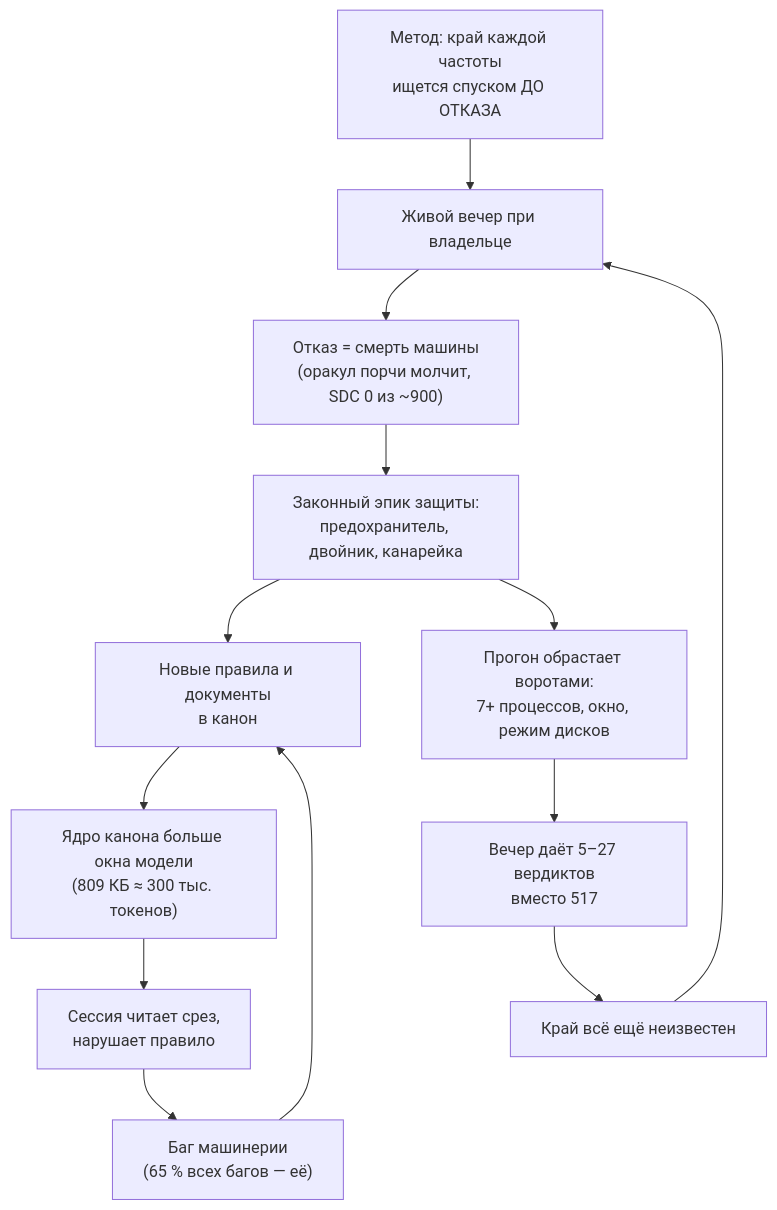
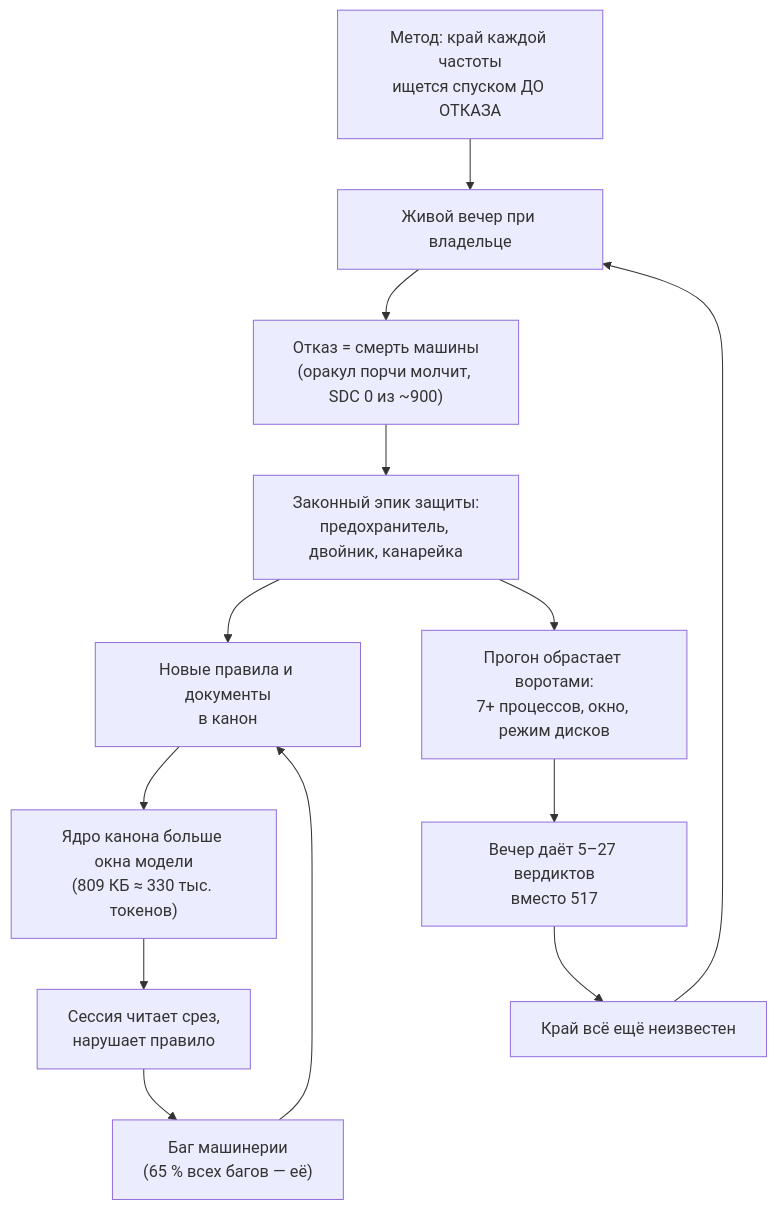
Before and after one commit to MikalaiKryvusha/KAGO: the first of 3 diagrams in reports/KAIF_AUDIT/2026-09-25_audit_04_change_the_method.md, drawn with Mermaid. The commit also changed other lines of this file and 5 other files, not shown here.

````diff
--- a/reports/KAIF_AUDIT/2026-09-25_audit_04_change_the_method.md
+++ b/reports/KAIF_AUDIT/2026-09-25_audit_04_change_the_method.md
@@ -91,15 +92,15 @@
 ```mermaid
 flowchart TD
     A["Метод: край каждой частоты<br/>ищется спуском ДО ОТКАЗА"] --> B["Живой вечер при владельце"]
     B --> C["Отказ = смерть машины<br/>(оракул порчи молчит, SDC 0 из ~900)"]
     C --> D["Законный эпик защиты:<br/>предохранитель, двойник, канарейка"]
     D --> E["Новые правила и документы<br/>в канон"]
-    E --> F["Ядро канона больше окна модели<br/>(809 КБ ≈ 300 тыс. токенов)"]
+    E --> F["Ядро канона больше окна модели<br/>(809 КБ ≈ 330 тыс. токенов)"]
     F --> G["Сессия читает срез,<br/>нарушает правило"]
     G --> H["Баг машинерии<br/>(65 % всех багов — её)"]
     H --> E
     D --> I["Прогон обрастает воротами:<br/>7+ процессов, окно, режим дисков"]
     I --> J["Вечер даёт 5–27 вердиктов<br/>вместо 517"]
     J --> K["Край всё ещё неизвестен"]
     K --> B
 ```
````
